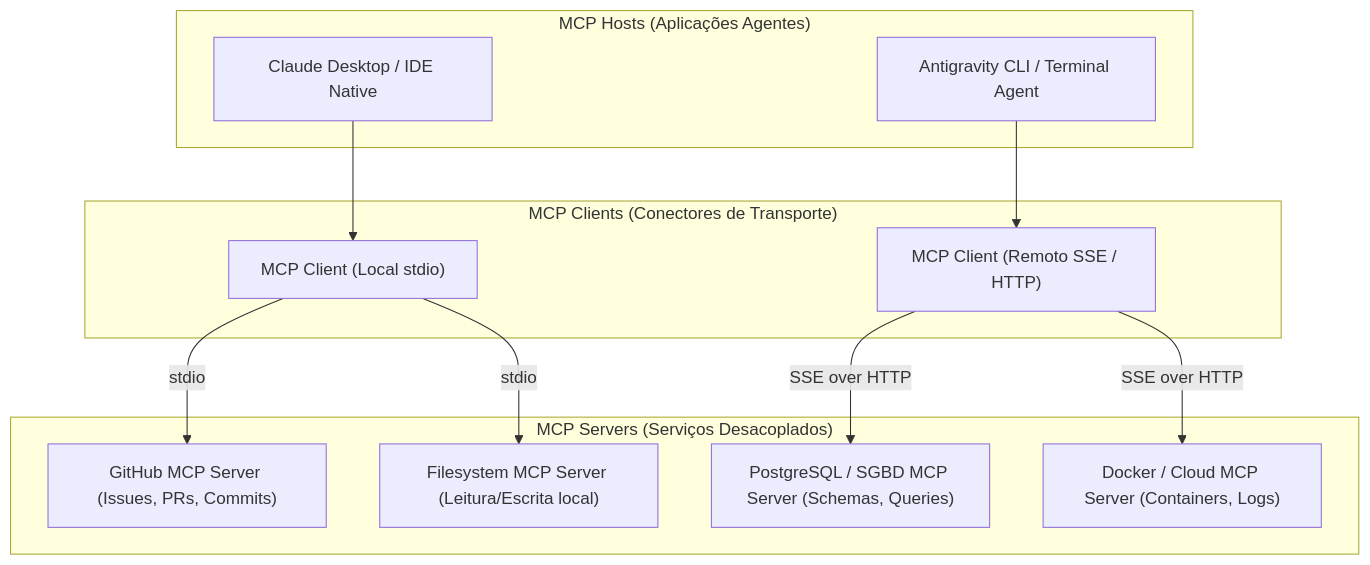
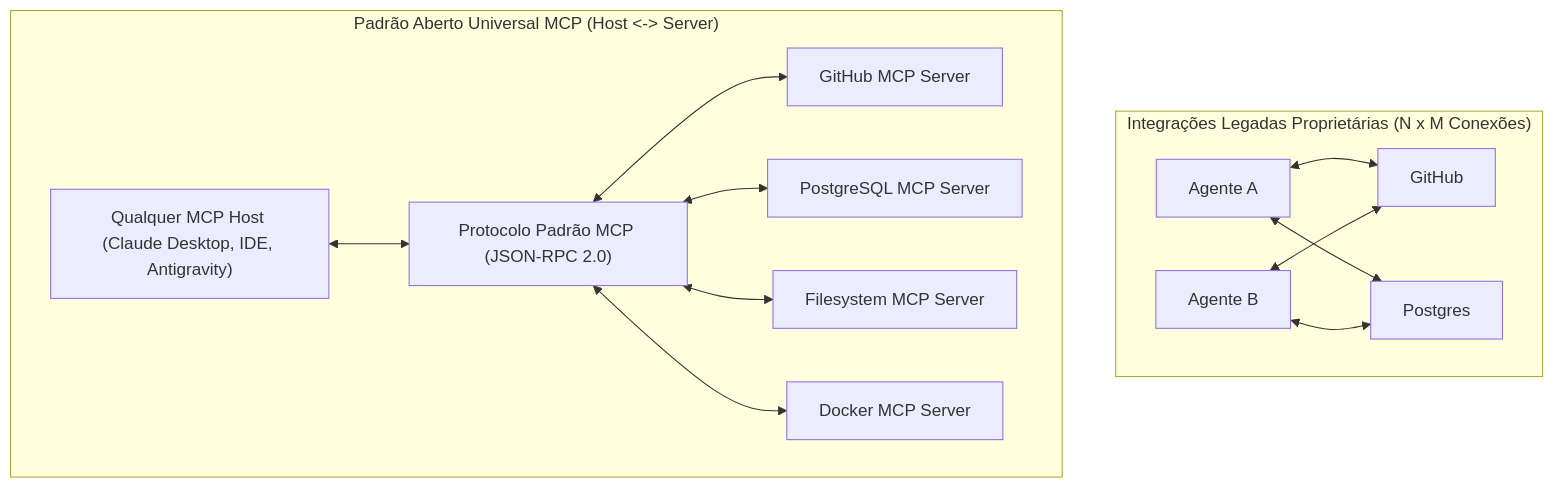
The third of 5 diagrams in fontes_de_estudo/conhecimentos_especificos_b02_ti/06_engenharia_software_ia_e_sistemas_agentivos/04_rag_protocolo_mcp_skills_e_ferramental.md (thiagosantos346/TCE-GO-2027), drawn with Mermaid before and after one commit. The commit also changed other lines of this file and 119 other files, not shown here.

````diff
--- a/fontes_de_estudo/conhecimentos_especificos_b02_ti/06_engenharia_software_ia_e_sistemas_agentivos/04_rag_protocolo_mcp_skills_e_ferramental.md
+++ b/fontes_de_estudo/conhecimentos_especificos_b02_ti/06_engenharia_software_ia_e_sistemas_agentivos/04_rag_protocolo_mcp_skills_e_ferramental.md
@@ -143,26 +165,16 @@
 ```mermaid
 flowchart TD
-    subgraph "MCP Hosts (Aplicações Agentes)"
-        H1["Claude Desktop / IDE Native"]
-        H2["Antigravity CLI / Terminal Agent"]
+    subgraph Caos["Integrações Legadas Proprietárias (N x M Conexões)"]
+        A1["Agente A"] <--> S1["GitHub"]
+        A1 <--> S2["Postgres"]
+        A2["Agente B"] <--> S1
+        A2 <--> S2
     end
-
-    subgraph "MCP Clients (Conectores de Transporte)"
-        C1["MCP Client (Local stdio)"]
-        C2["MCP Client (Remoto SSE / HTTP)"]
+    subgraph MCP_Ecosistema["Padrão Aberto Universal MCP (Host <-> Server)"]
+        H1["Qualquer MCP Host (Claude Desktop, IDE, Antigravity)"] <--> PROTO["Protocolo Padrão MCP (JSON-RPC 2.0)"]
+        PROTO <--> MS1["GitHub MCP Server"]
+        PROTO <--> MS2["PostgreSQL MCP Server"]
+        PROTO <--> MS3["Filesystem MCP Server"]
+        PROTO <--> MS4["Docker MCP Server"]
     end
-
-    subgraph "MCP Servers (Serviços Desacoplados)"
-        S1["GitHub MCP Server (Issues, PRs, Commits)"]
-        S2["PostgreSQL / SGBD MCP Server (Schemas, Queries)"]
-        S3["Filesystem MCP Server (Leitura/Escrita local)"]
-        S4["Docker / Cloud MCP Server (Containers, Logs)"]
-    end
-
-    H1 --> C1
-    H2 --> C2
-    C1 -->|stdio| S1
-    C1 -->|stdio| S3
-    C2 -->|SSE over HTTP| S2
-    C2 -->|SSE over HTTP| S4
 ```
````
